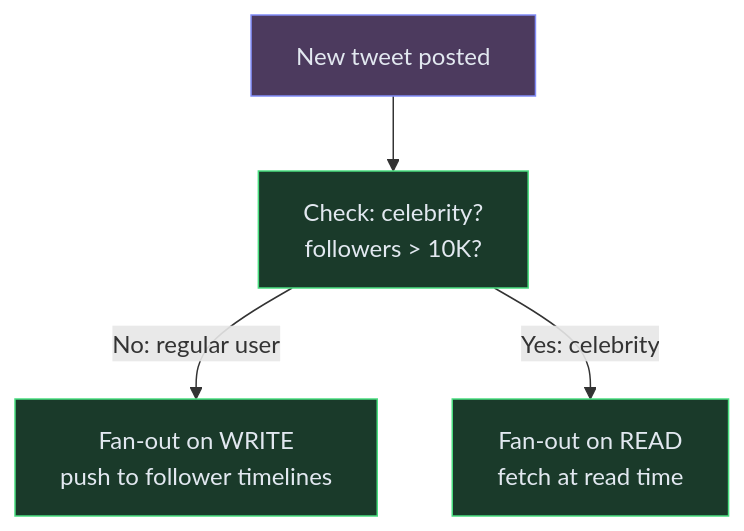
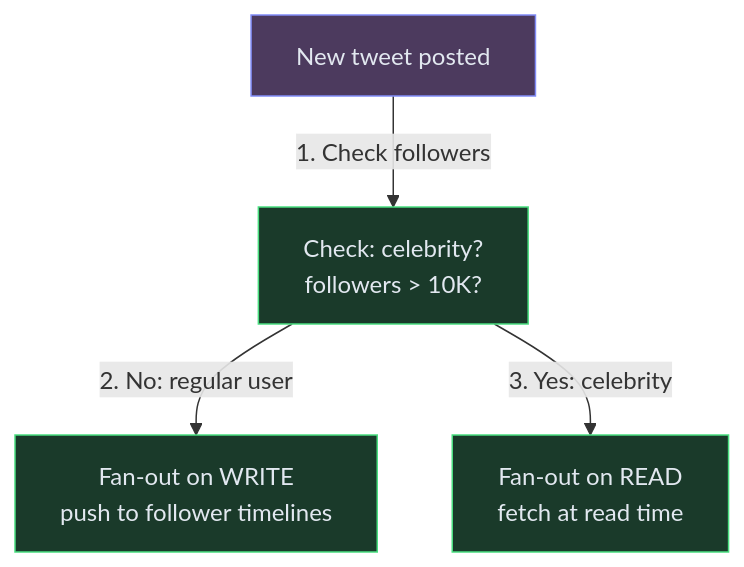
The fifth of 12 diagrams in content/hld/TwitterFeed.md (iluzn/HLD-Designs), drawn with Mermaid before and after one commit. The commit also changed other lines of this file and 27 other files, not shown here.

````diff
--- a/content/hld/TwitterFeed.md
+++ b/content/hld/TwitterFeed.md
@@ -180,14 +180,14 @@
 ```mermaid
 flowchart TD
     TWEET["New tweet posted"]:::client
     CHECK["Check: celebrity?<br/>followers > 10K?"]:::service
     PUSH["Fan-out on WRITE<br/>push to follower timelines"]:::service
     PULL["Fan-out on READ<br/>fetch at read time"]:::service
 
-    TWEET --> CHECK
-    CHECK -->|"No: regular user"| PUSH
-    CHECK -->|"Yes: celebrity"| PULL
+    TWEET -->|"1. Check followers"| CHECK
+    CHECK -->|"2. No: regular user"| PUSH
+    CHECK -->|"3. Yes: celebrity"| PULL
 
     classDef client fill:#4c3a5e,stroke:#818cf8,color:#e2e8f0
     classDef service fill:#1a3a2a,stroke:#4ade80,color:#e2e8f0
 ```
````
